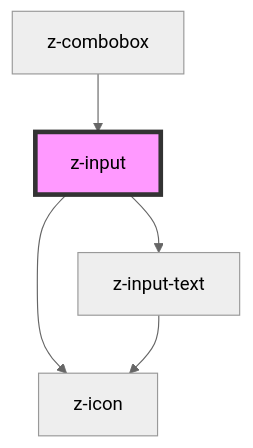
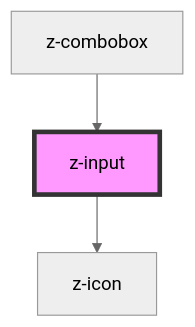
One commit to ZanichelliEditore/design-system changed the diagram in web-components-library/src/components/z-input/readme.md. Above: the diagram before and after it, drawn with Mermaid (neutral theme). The commit also changed other lines of this file and 3 other files, not shown here.

````diff
--- a/web-components-library/src/components/z-input/readme.md
+++ b/web-components-library/src/components/z-input/readme.md
@@ -55,8 +80,6 @@
 ```mermaid
 graph TD;
   z-input --> z-icon
-  z-input --> z-input-text
-  z-input-text --> z-icon
   z-combobox --> z-input
   style z-input fill:#f9f,stroke:#333,stroke-width:4px
 ```
````
